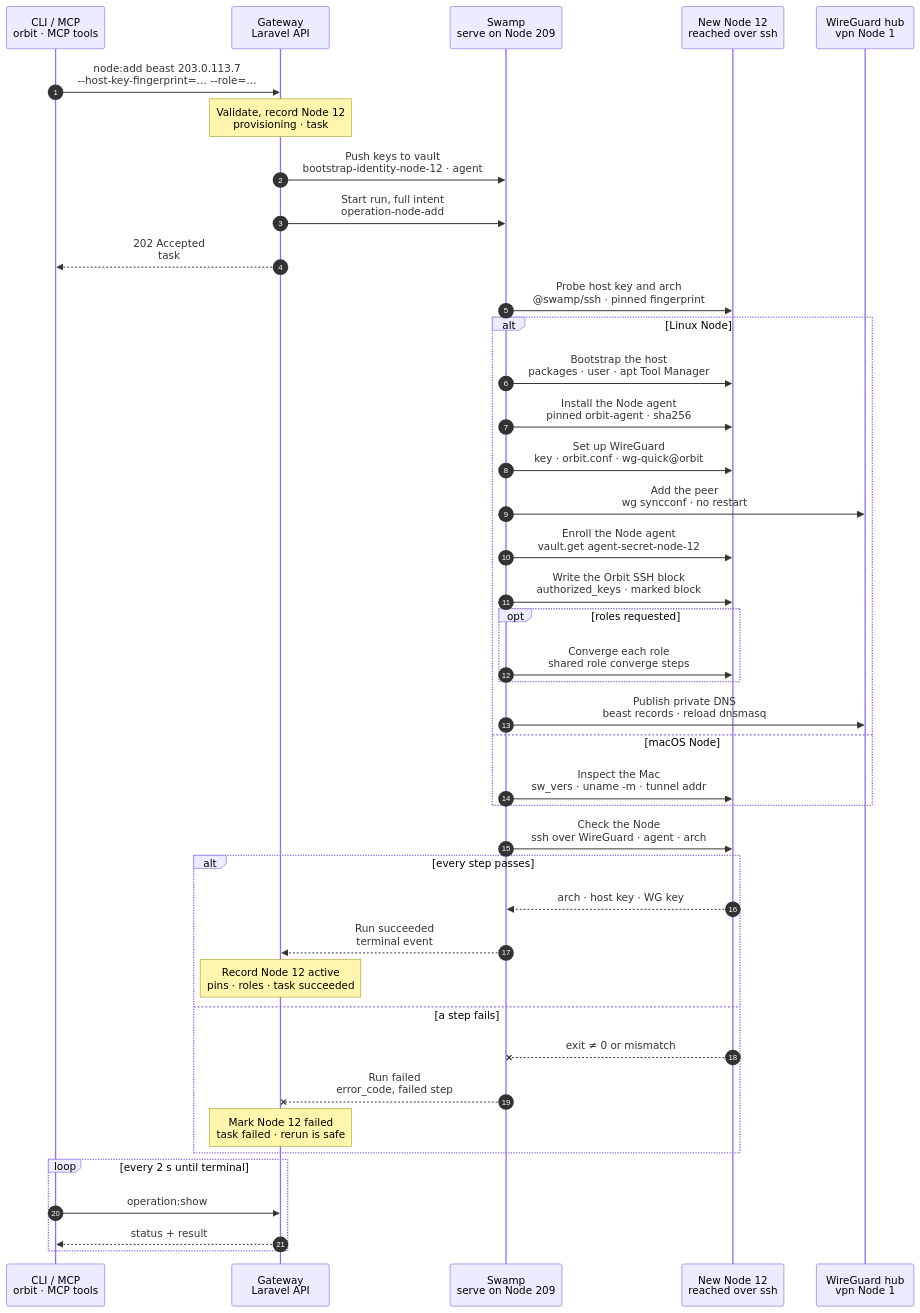
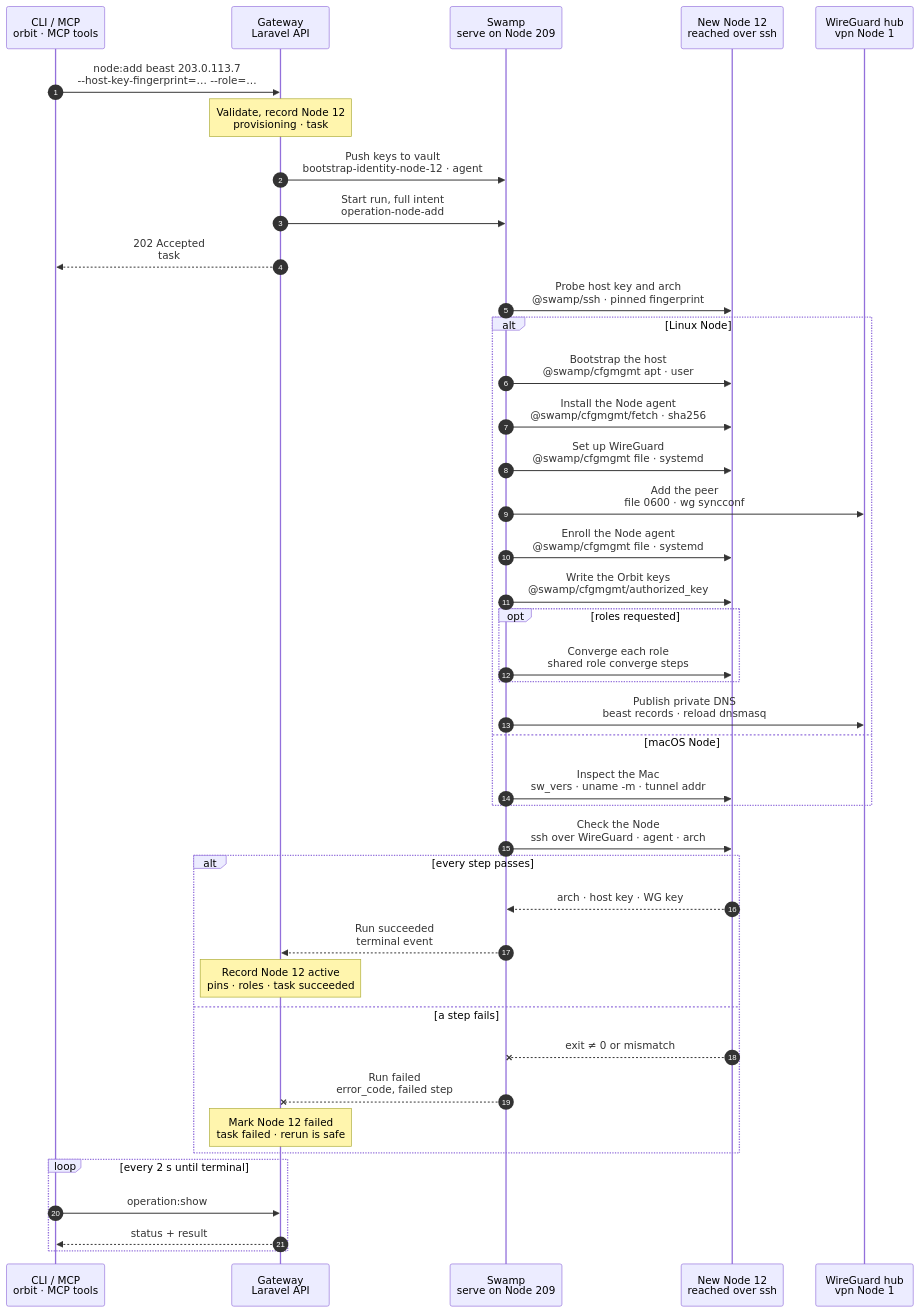
The diagram in docs/cli/node/add.mmd (hardimpactdev/orbit), drawn with Mermaid before and after one commit. The commit also changed 6 other files, not shown here.

First line of the commit message:
docs(cli): tighten2 wave 7 charts (node.add, node.role_add, node.role_converge, node.role_remove, node.remove, metrics.enable, metrics.disable)

```diff
--- a/docs/cli/node/add.mmd
+++ b/docs/cli/node/add.mmd
@@ -1,5 +1,6 @@
 sequenceDiagram
   %% Target design: ADR 0243/0244 task, DECISIONS R1-R4, single-swamp-node, agent-observer-swamp-acts, root-of-trust-gateway-only, tool.manager_converge removed (shared Tool Manager setup step). docs/reference/node-provisioning.md#add-a-node.
+  %% Tightened: flow-tighten 2026-11-02, rules 3, 17, 22 (cfgmgmt apt/user/fetch/file/systemd/authorized_key; Q-WGHUB hub config as file + wg syncconf; DNS record kept: a Node name is not covered by a TLD answer).
   %% status: draft
   %% command: node:add
   %% kind: node.add
@@ -77,7 +78,7 @@
   %%> Returns:
   %%> - the host key, platform and architecture as step outputs
   alt Linux Node
-    SW->>N: Bootstrap the host<br/>packages · user · apt Tool Manager
+    SW->>N: Bootstrap the host<br/>@swamp/cfgmgmt apt · user
     %%> Runs as:
     %%> - the bootstrap user: `root` directly for a new Node, the managed user through passwordless sudo for an existing one
     %%> What it does:
@@ -89,7 +90,7 @@
     %%> - official `@swamp/cfgmgmt` behaviors (apt, file) and one tracked script over `@swamp/ssh`
     %%> Replaces:
     %%> - the `tool.manager_converge` child; the setup is a step here
-    SW->>N: Install the Node agent<br/>pinned orbit-agent · sha256
+    SW->>N: Install the Node agent<br/>@swamp/cfgmgmt/fetch · sha256
     %%> What it does:
     %%> - downloads the pinned `orbit-agent` release and checks its SHA-256
     %%> - a matching installed binary skips the download
@@ -98,32 +99,32 @@
     %%> - official `@swamp/cfgmgmt` behaviors (fetch, file) over SSH from 209
     %%> Not included:
     %%> - starts nothing; the agent starts after enrollment
-    SW->>N: Set up WireGuard<br/>key · orbit.conf · wg-quick@orbit
+    SW->>N: Set up WireGuard<br/>@swamp/cfgmgmt file · systemd
     %%> What it does:
     %%> - creates the WireGuard key on Node 12; an existing key stays
     %%> - writes `/etc/wireguard/orbit.conf` for `10.6.0.42` with its DNS policy, and starts `wg-quick@orbit`
     %%> - adds the UFW rule `orbit:wireguard-members`; public SSH stays open
     %%> Returns:
     %%> - the public key as a step output; the private key never leaves the Node
-    SW->>HUB: Add the peer<br/>wg syncconf · no restart
+    SW->>HUB: Add the peer<br/>file 0600 · wg syncconf
     %%> How:
     %%> - Swamp reaches the `vpn` Node over `@swamp/ssh` from 209; there is no worker on Node 1
     %%> What it does:
     %%> - adds Node 12's peer with the public key from the step before
-    %%> - validates the new hub configuration with `wg-quick strip`, keeps the live file as a backup and swaps it in
+    %%> - writes the whole hub config the Gateway rendered with `@swamp/cfgmgmt/file`, 0600, then loads it with `wg syncconf`; no restart, no backup copy
     %%> - live-syncs the running hub with `wg syncconf`; other peers keep their tunnels
-    SW->>N: Enroll the Node agent<br/>vault.get agent-secret-node-12
+    SW->>N: Enroll the Node agent<br/>@swamp/cfgmgmt file · systemd
     %%> What it does:
-    %%> - writes `config.toml`, `ca.pem`, the secret and the `orbit-agent.service` unit in `/etc/orbit/agent`
+    %%> - writes `config.toml`, `ca.pem` and the secret from `vault.get agent-secret-node-12` (0600) with `@swamp/cfgmgmt/file`, and the `orbit-agent.service` unit with `@swamp/cfgmgmt/systemd`
     %%> - starts the Node agent; it reports to the Gateway over WireGuard
     %%> Observer only:
     %%> - the Node agent observes and reports; it runs no actions
     %%> How:
     %%> - official `@swamp/cfgmgmt/file` and `@swamp/cfgmgmt/systemd` behaviors over SSH from 209
-    SW->>N: Write the Orbit SSH block<br/>authorized_keys · marked block
+    SW->>N: Write the Orbit keys<br/>@swamp/cfgmgmt/authorized_key
     %%> What it does:
-    %%> - writes the `swamp` role's public key and the recorded operator keys for the managed user, between the Orbit markers
-    %%> - the same step as `node:ssh-access:converge`; keys outside the block stay as they are
+    %%> - writes the `swamp` role's public key and the recorded operator keys for the managed user, one `authorized_key` per key
+    %%> - the same step as `node:ssh-access:converge`; keys Orbit never recorded stay as they are
     %%> Why:
     %%> - every later command reaches Node 12 as the managed user with the `swamp` role identity, not the bootstrap identity
     opt roles requested
@@ -137,6 +138,8 @@
     SW->>HUB: Publish private DNS<br/>beast records · reload dnsmasq
     %%> What it does:
     %%> - adds Node 12's private names to the DNS catalog on the `vpn` Node
+    %%> Why a record:
+    %%> - `beast.orbit` names one Node's WireGuard address; no TLD answer covers it
     %%> - reloads the DNS listener only when the records changed; the last good copy comes back when the new one fails its check
     %%> Cluster:
     %%> - a Node in a Cluster also gets the Router's LAN rules, through the shared firewall step
```
